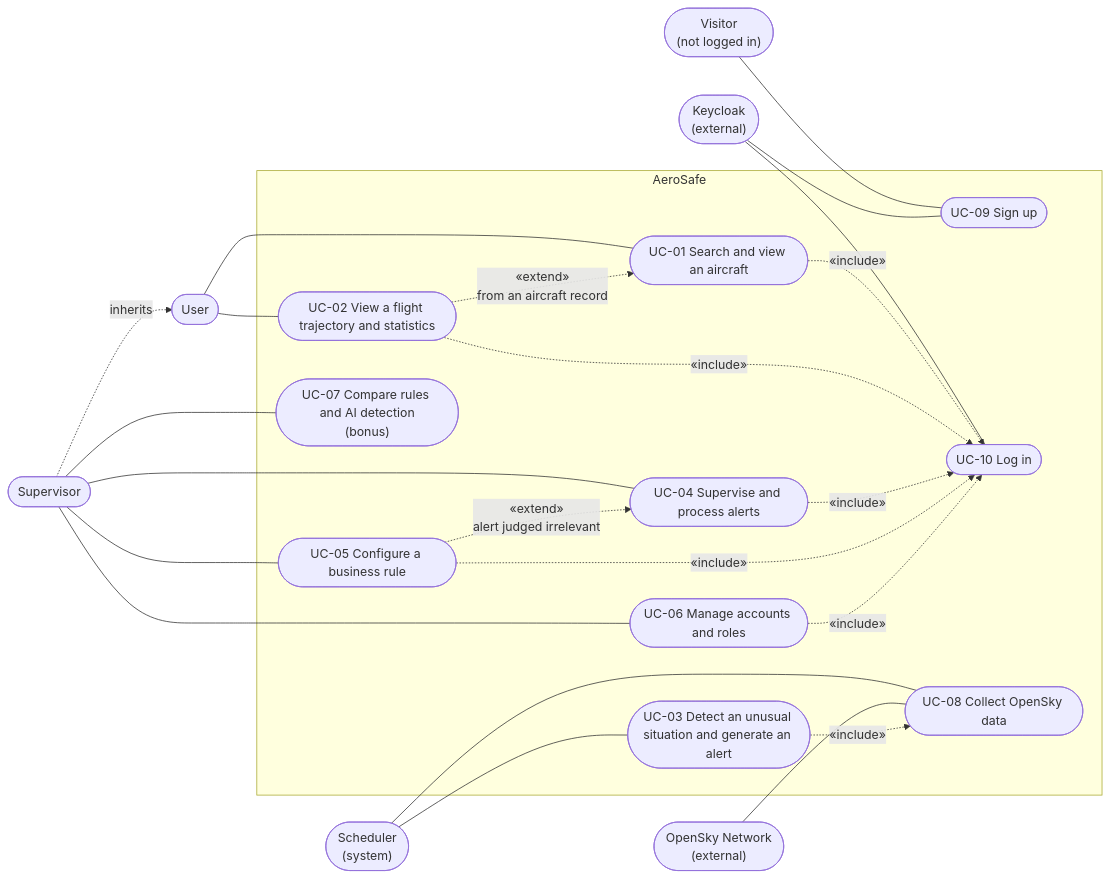
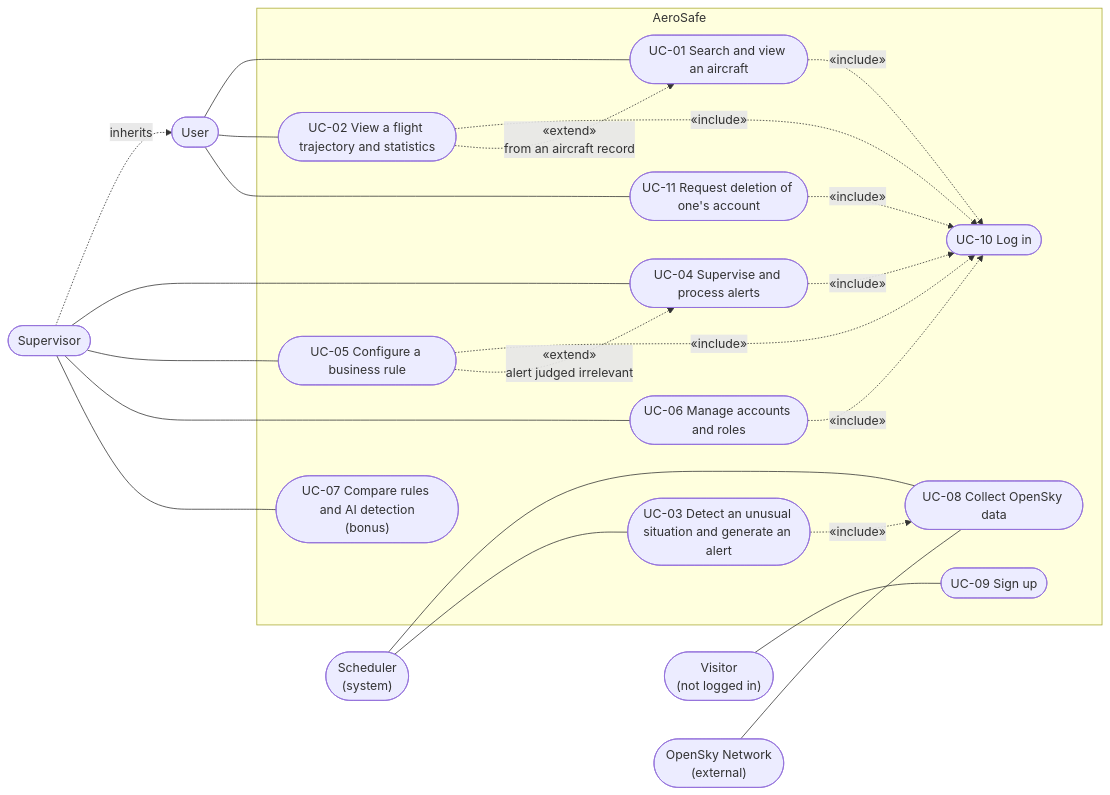
Before and after one commit to thibault-dlb/aerosafe: the diagram in docs/uml/use-cases.md, drawn with Mermaid. The commit also changed other lines of this file and 10 other files, not shown here.

````diff
--- a/docs/uml/use-cases.md
+++ b/docs/uml/use-cases.md
@@ -5,45 +5,45 @@
 ```mermaid
 flowchart LR
   visitor(["Visitor<br/>(not logged in)"])
   user(["User"])
   supervisor(["Supervisor"])
   scheduler(["Scheduler<br/>(system)"])
   opensky(["OpenSky Network<br/>(external)"])
-  keycloak(["Keycloak<br/>(external)"])
 
   subgraph aerosafe ["AeroSafe"]
     uc09(["UC-09 Sign up"])
     uc10(["UC-10 Log in"])
     uc01(["UC-01 Search and view an aircraft"])
     uc02(["UC-02 View a flight trajectory and statistics"])
     uc04(["UC-04 Supervise and process alerts"])
     uc05(["UC-05 Configure a business rule"])
     uc06(["UC-06 Manage accounts and roles"])
+    uc11(["UC-11 Request deletion of one's account"])
     uc08(["UC-08 Collect OpenSky data"])
     uc03(["UC-03 Detect an unusual situation and generate an alert"])
     uc07(["UC-07 Compare rules and AI detection<br/>(bonus)"])
   end
 
   visitor --- uc09
   user --- uc01
   user --- uc02
   supervisor -.->|"inherits"| user
   supervisor --- uc04
   supervisor --- uc05
   supervisor --- uc06
   supervisor --- uc07
   scheduler --- uc08
   scheduler --- uc03
   opensky --- uc08
-  keycloak --- uc10
-  keycloak --- uc09
+  user --- uc11
 
   uc01 -.->|"«include»"| uc10
   uc02 -.->|"«include»"| uc10
   uc04 -.->|"«include»"| uc10
   uc05 -.->|"«include»"| uc10
   uc06 -.->|"«include»"| uc10
+  uc11 -.->|"«include»"| uc10
   uc03 -.->|"«include»"| uc08
   uc05 -.->|"«extend»<br/>alert judged irrelevant"| uc04
   uc02 -.->|"«extend»<br/>from an aircraft record"| uc01
 ```
````
